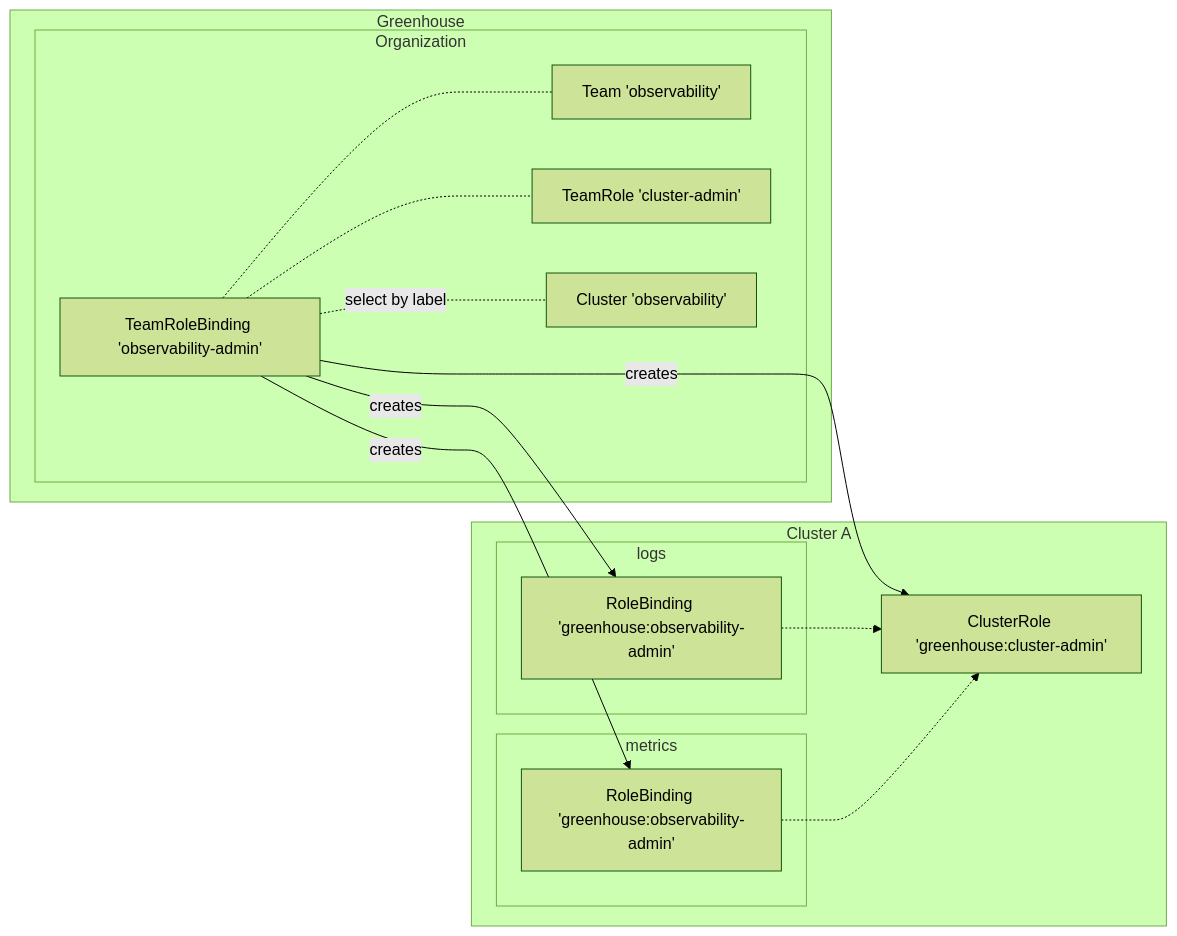
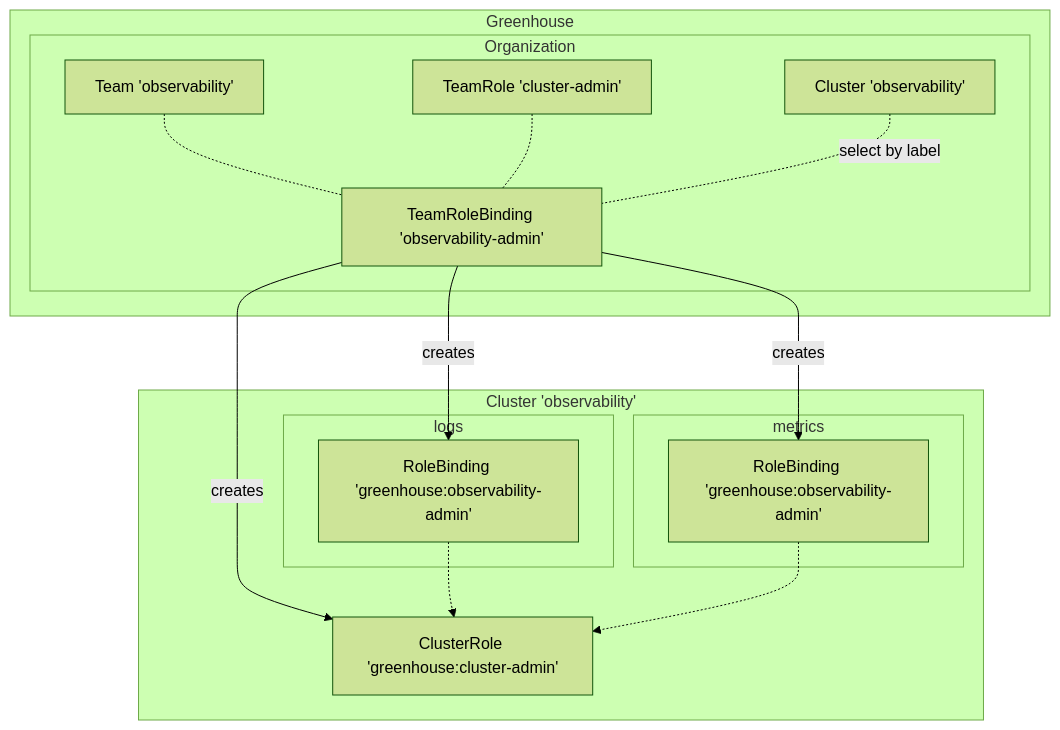
Before and after one commit to cloudoperators/greenhouse: the diagram in docs/getting-started/core-concepts/teams.md, drawn with Mermaid (forest theme). The commit also changed other lines of this file and 1 other file, not shown here.

````diff
--- a/docs/getting-started/core-concepts/teams.md
+++ b/docs/getting-started/core-concepts/teams.md
@@ -27,30 +42,30 @@
 ```mermaid
-flowchart LR
+flowchart TB
   subgraph "Greenhouse"
     subgraph "Organization"
         team[Team 'observability']
         teamRole[TeamRole 'cluster-admin']
         clusterA[Cluster 'observability']
         trb[TeamRoleBinding 'observability-admin']
     end
   end
 
-  subgraph "Cluster A"
+  subgraph "Cluster 'observability'"
     subgraph "logs"
       clusterARoleBinding1[RoleBinding 'greenhouse:observability-admin']
     end
     subgraph "metrics"
       clusterARoleBinding2[RoleBinding 'greenhouse:observability-admin']
     end
       clusterAClusterRole[ClusterRole 'greenhouse:cluster-admin']
   end
 
-  trb -.- team
-  trb -.- teamRole 
-  trb -."select by label".- clusterA
+  team -.- trb
+  teamRole -.- trb 
+  clusterA -."select by label".- trb
   trb --"creates"--> clusterARoleBinding1
   trb --"creates"--> clusterARoleBinding2
   trb --"creates"--> clusterAClusterRole
   clusterARoleBinding1 -.-> clusterAClusterRole
   clusterARoleBinding2 -.-> clusterAClusterRole
 ```
````
